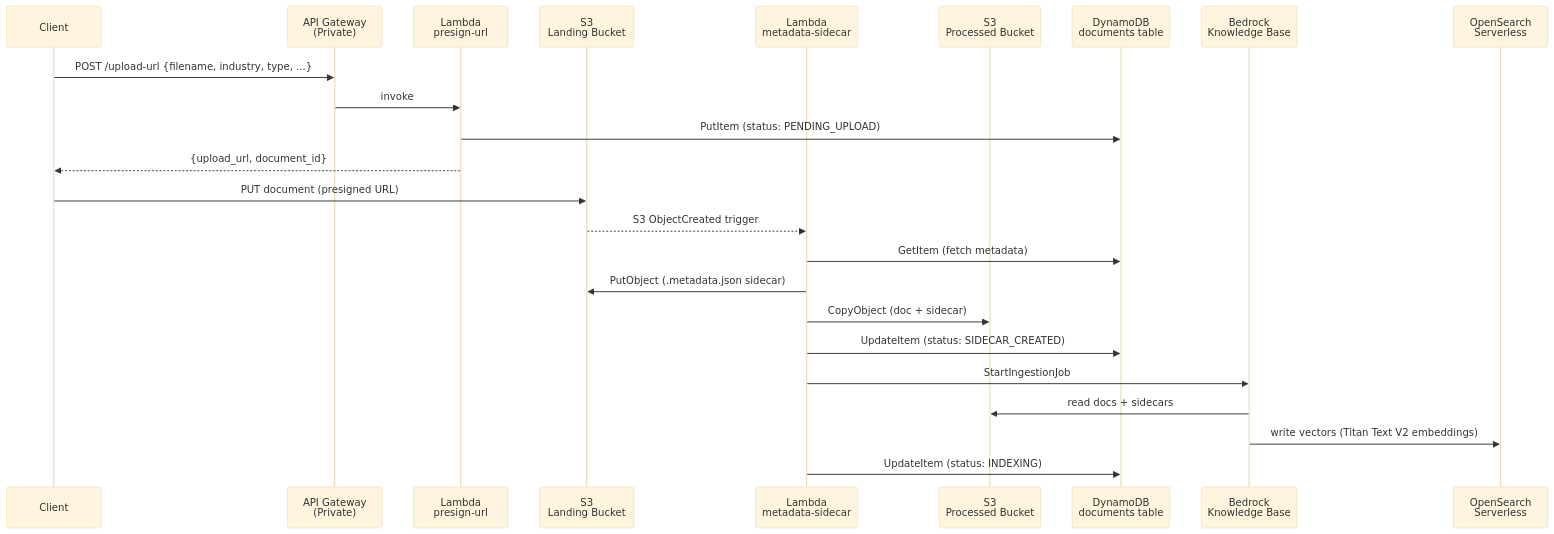
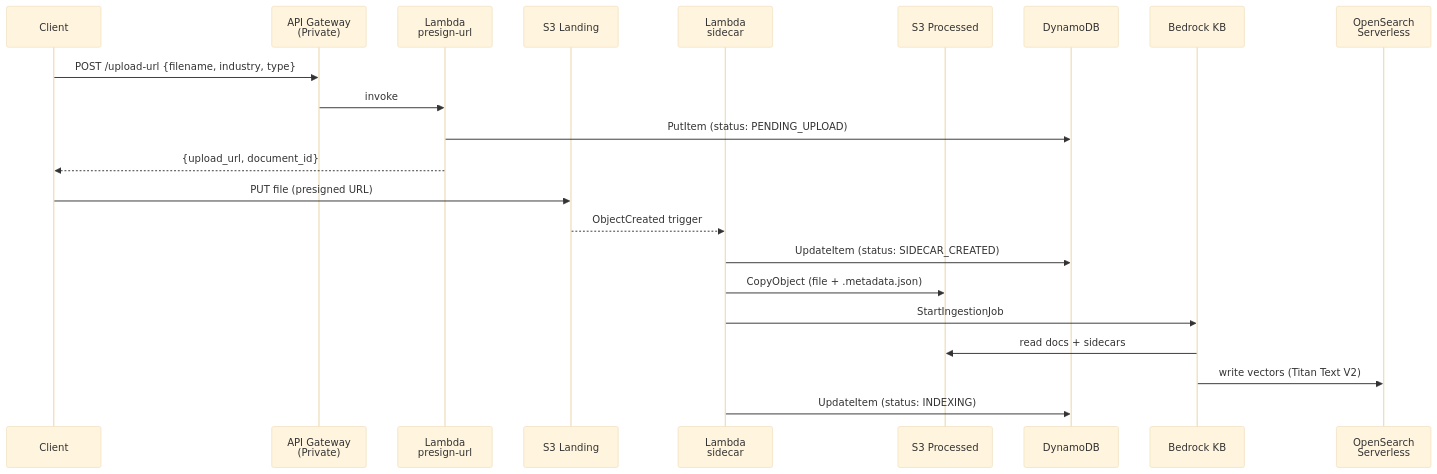
One commit to MadeleineFrohnholzer/AWS-Upskilling-Hackathon changed the second of 3 diagrams in docs/implementation-summary.md. Above: the diagram before and after it, drawn with Mermaid (base theme). The commit also changed other lines of this file, not shown here.

````diff
--- a/docs/implementation-summary.md
+++ b/docs/implementation-summary.md
@@ -98,27 +112,25 @@
 ```mermaid
 sequenceDiagram
     participant Client
     participant APIGW as API Gateway<br/>(Private)
-    participant PresignLambda as Lambda<br/>presign-url
-    participant S3L as S3<br/>Landing Bucket
-    participant SidecarLambda as Lambda<br/>metadata-sidecar
-    participant S3P as S3<br/>Processed Bucket
-    participant DDB as DynamoDB<br/>documents table
-    participant BRKB as Bedrock<br/>Knowledge Base
+    participant PresignFn as Lambda<br/>presign-url
+    participant S3L as S3 Landing
+    participant SidecarFn as Lambda<br/>sidecar
+    participant S3P as S3 Processed
+    participant DDB as DynamoDB
+    participant KB as Bedrock KB
     participant AOSS as OpenSearch<br/>Serverless
 
-    Client->>APIGW: POST /upload-url {filename, industry, type, ...}
-    APIGW->>PresignLambda: invoke
-    PresignLambda->>DDB: PutItem (status: PENDING_UPLOAD)
-    PresignLambda-->>Client: {upload_url, document_id}
-    Client->>S3L: PUT document (presigned URL)
-    S3L-->>SidecarLambda: S3 ObjectCreated trigger
-    SidecarLambda->>DDB: GetItem (fetch metadata)
-    SidecarLambda->>S3L: PutObject (.metadata.json sidecar)
-    SidecarLambda->>S3P: CopyObject (doc + sidecar)
-    SidecarLambda->>DDB: UpdateItem (status: SIDECAR_CREATED)
-    SidecarLambda->>BRKB: StartIngestionJob
-    BRKB->>S3P: read docs + sidecars
-    BRKB->>AOSS: write vectors (Titan Text V2 embeddings)
-    SidecarLambda->>DDB: UpdateItem (status: INDEXING)
+    Client->>APIGW: POST /upload-url {filename, industry, type}
+    APIGW->>PresignFn: invoke
+    PresignFn->>DDB: PutItem (status: PENDING_UPLOAD)
+    PresignFn-->>Client: {upload_url, document_id}
+    Client->>S3L: PUT file (presigned URL)
+    S3L-->>SidecarFn: ObjectCreated trigger
+    SidecarFn->>DDB: UpdateItem (status: SIDECAR_CREATED)
+    SidecarFn->>S3P: CopyObject (file + .metadata.json)
+    SidecarFn->>KB: StartIngestionJob
+    KB->>S3P: read docs + sidecars
+    KB->>AOSS: write vectors (Titan Text V2)
+    SidecarFn->>DDB: UpdateItem (status: INDEXING)
 ```
````
